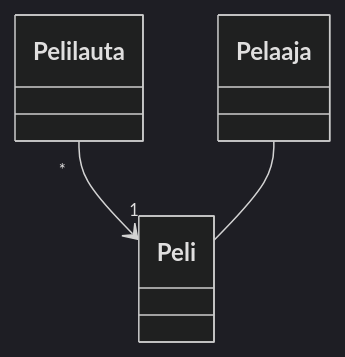
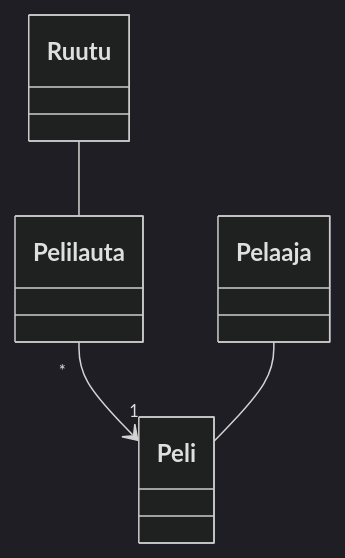
Before and after one commit to ellenra/jumping_game: the diagram in laskarit/viikko3/monopoli_luokkakaavio.md, drawn with Mermaid (dark theme).

````diff
--- a/laskarit/viikko3/monopoli_luokkakaavio.md
+++ b/laskarit/viikko3/monopoli_luokkakaavio.md
@@ -1,5 +1,6 @@
 ```mermaid
  classDiagram
       Pelilauta "*" --> "1" Peli
       Pelaaja -- Peli
+      Ruutu -- Pelilauta
 ```
````
